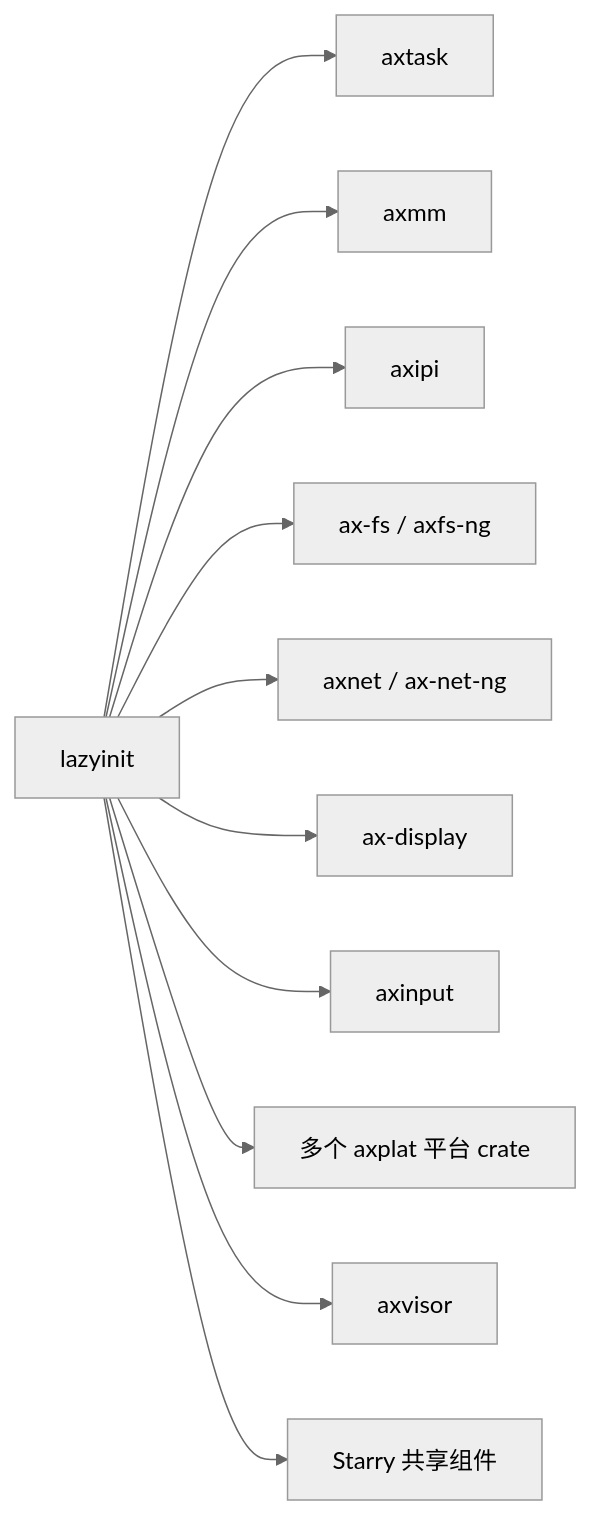
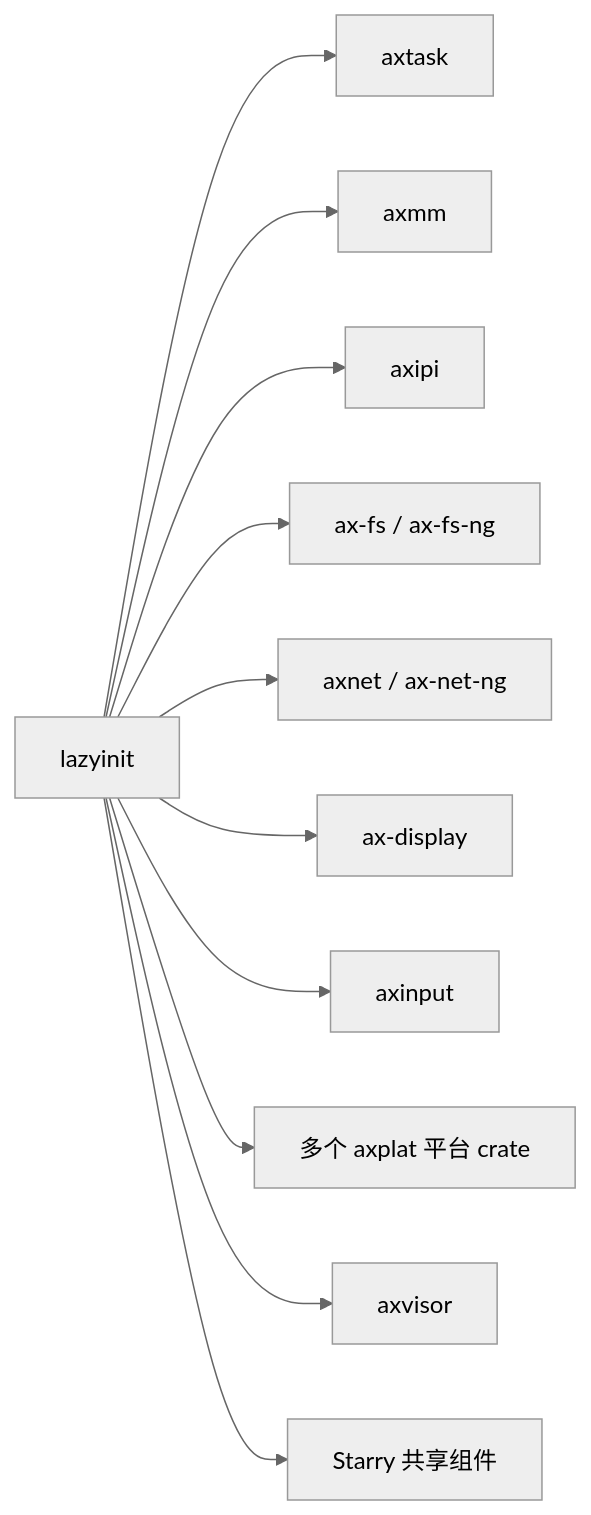
One commit to rcore-os/tgoskits changed the second of 2 diagrams in docs/crates/lazyinit.md. Above: the diagram before and after it, drawn with Mermaid (neutral theme). The commit also changed 37 other files, not shown here.

````diff
--- a/docs/crates/lazyinit.md
+++ b/docs/crates/lazyinit.md
@@ -72,13 +72,13 @@
 ```mermaid
 graph LR
     lazyinit["lazyinit"] --> axtask["axtask"]
     lazyinit --> axmm["axmm"]
     lazyinit --> axipi["axipi"]
-    lazyinit --> ax-fs["ax-fs / axfs-ng"]
+    lazyinit --> ax-fs["ax-fs / ax-fs-ng"]
     lazyinit --> axnet["axnet / ax-net-ng"]
     lazyinit --> ax-display["ax-display"]
     lazyinit --> axinput["axinput"]
     lazyinit --> axplat["多个 axplat 平台 crate"]
     lazyinit --> axvisor["axvisor"]
     lazyinit --> starry["Starry 共享组件"]
 ```
````
